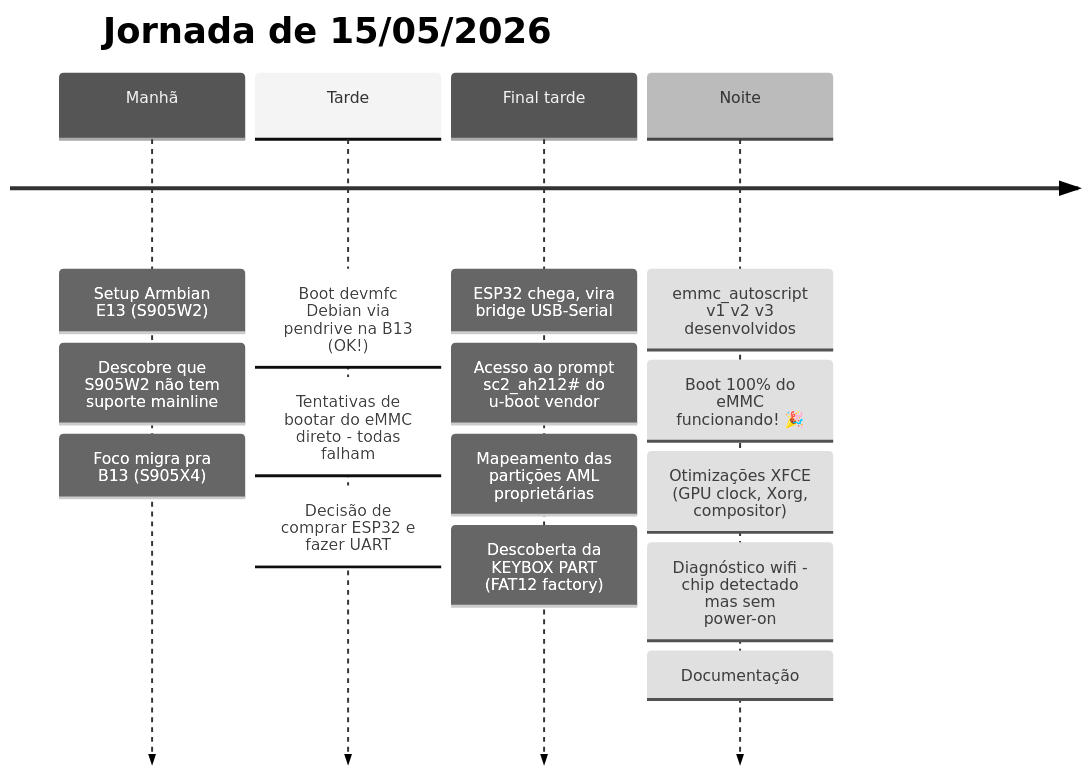
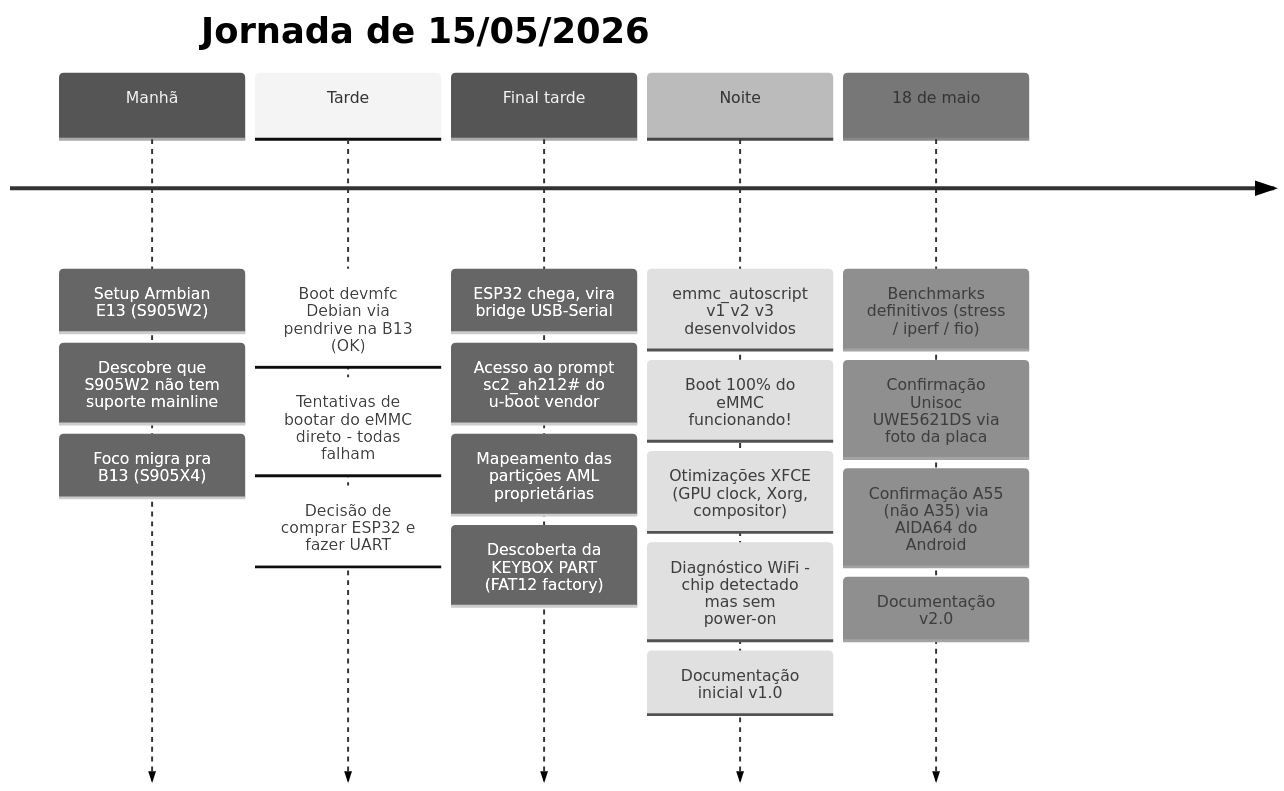
One commit to gabclima/b13 changed the first of 3 diagrams in DIARIO.md. Above: the diagram before and after it, drawn with Mermaid (neutral theme). The commit also changed other lines of this file and 3 other files, not shown here.

````diff
--- a/DIARIO.md
+++ b/DIARIO.md
@@ -90,19 +113,23 @@
 ```mermaid
 timeline
     title Jornada de 15/05/2026
     Manhã : Setup Armbian E13 (S905W2)
           : Descobre que S905W2 não tem suporte mainline
           : Foco migra pra B13 (S905X4)
-    Tarde : Boot devmfc Debian via pendrive na B13 (OK!)
+    Tarde : Boot devmfc Debian via pendrive na B13 (OK)
           : Tentativas de bootar do eMMC direto - todas falham
           : Decisão de comprar ESP32 e fazer UART
     Final tarde : ESP32 chega, vira bridge USB-Serial
                 : Acesso ao prompt sc2_ah212# do u-boot vendor
                 : Mapeamento das partições AML proprietárias
                 : Descoberta da KEYBOX PART (FAT12 factory)
     Noite : emmc_autoscript v1 v2 v3 desenvolvidos
-          : Boot 100% do eMMC funcionando! 🎉
+          : Boot 100% do eMMC funcionando!
           : Otimizações XFCE (GPU clock, Xorg, compositor)
-          : Diagnóstico wifi - chip detectado mas sem power-on
-          : Documentação
+          : Diagnóstico WiFi - chip detectado mas sem power-on
+          : Documentação inicial v1.0
+    18 de maio : Benchmarks definitivos (stress / iperf / fio)
+               : Confirmação Unisoc UWE5621DS via foto da placa
+               : Confirmação A55 (não A35) via AIDA64 do Android
+               : Documentação v2.0
 ```
````
